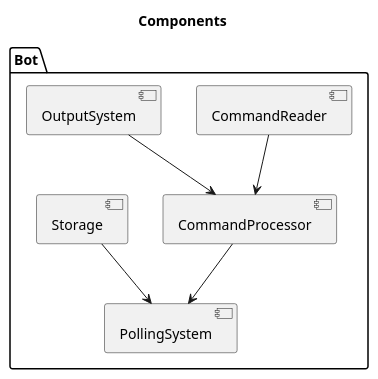
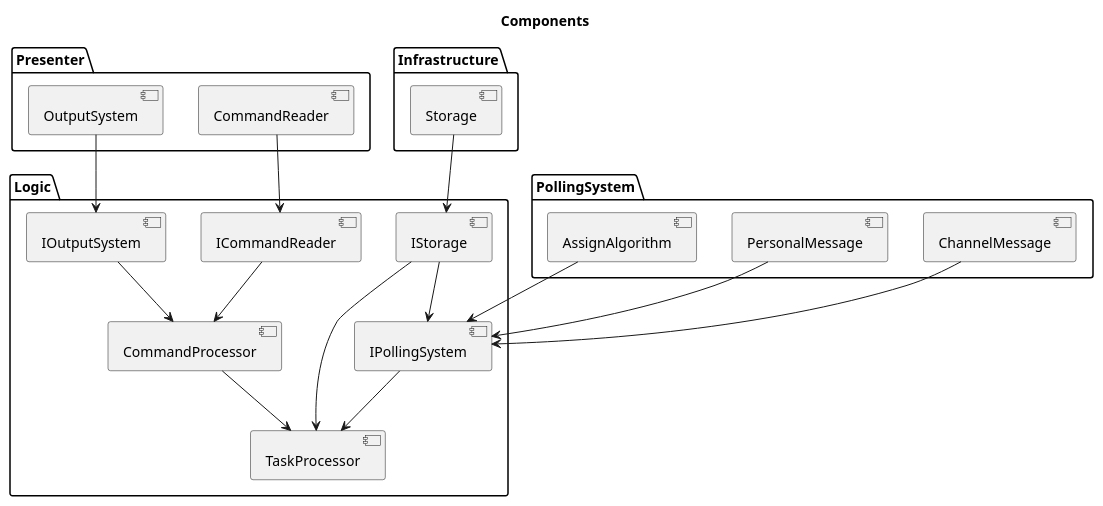
The second of 4 diagrams in work.md (Plasmat1x/PaulBot), drawn with PlantUML before and after one commit.

Commit message:
Udate work.md

````diff
--- a/work.md
+++ b/work.md
@@ -59,18 +59,46 @@
 ```plantuml
 @startuml Components1
-    Title Components 
-    package "Bot"{
+    Title Components
+
+    package "Presenter"{
         [CommandReader]
+        [OutputSystem]
+    }
+
+    package "Logic"{
+        [ICommandReader]
+        [IOutputSystem]
         [CommandProcessor]
-        [PollingSystem]
-        [OutputSystem]
+        [IPollingSystem]
+        [IStorage]
+        [TaskProcessor]
+    }
+
+    package "Infrastructure"{
         [Storage]
     }
 
-    [CommandReader] --> [CommandProcessor] 
-    [CommandProcessor] --> [PollingSystem]
-    [OutputSystem] --> [CommandProcessor]
-    [Storage] --> [PollingSystem]
+    package "PollingSystem"{
+        [ChannelMessage]
+        [PersonalMessage]
+        [AssignAlgorithm]
+    }
+
+    [CommandReader] --> [ICommandReader]
+    [OutputSystem] --> [IOutputSystem]
+
+    [ICommandReader] --> [CommandProcessor] 
+    [IOutputSystem] --> [CommandProcessor]
+    [CommandProcessor] --> [TaskProcessor]
+    [IPollingSystem] --> [TaskProcessor]
+    [IStorage] --> [IPollingSystem]
+    [IStorage] --> [TaskProcessor]
+
+    [ChannelMessage] --> [IPollingSystem]
+    [PersonalMessage] --> [IPollingSystem]
+    [AssignAlgorithm] --> [IPollingSystem]
+
+    [Storage] --> [IStorage]
 
 @enduml
 ```
````
